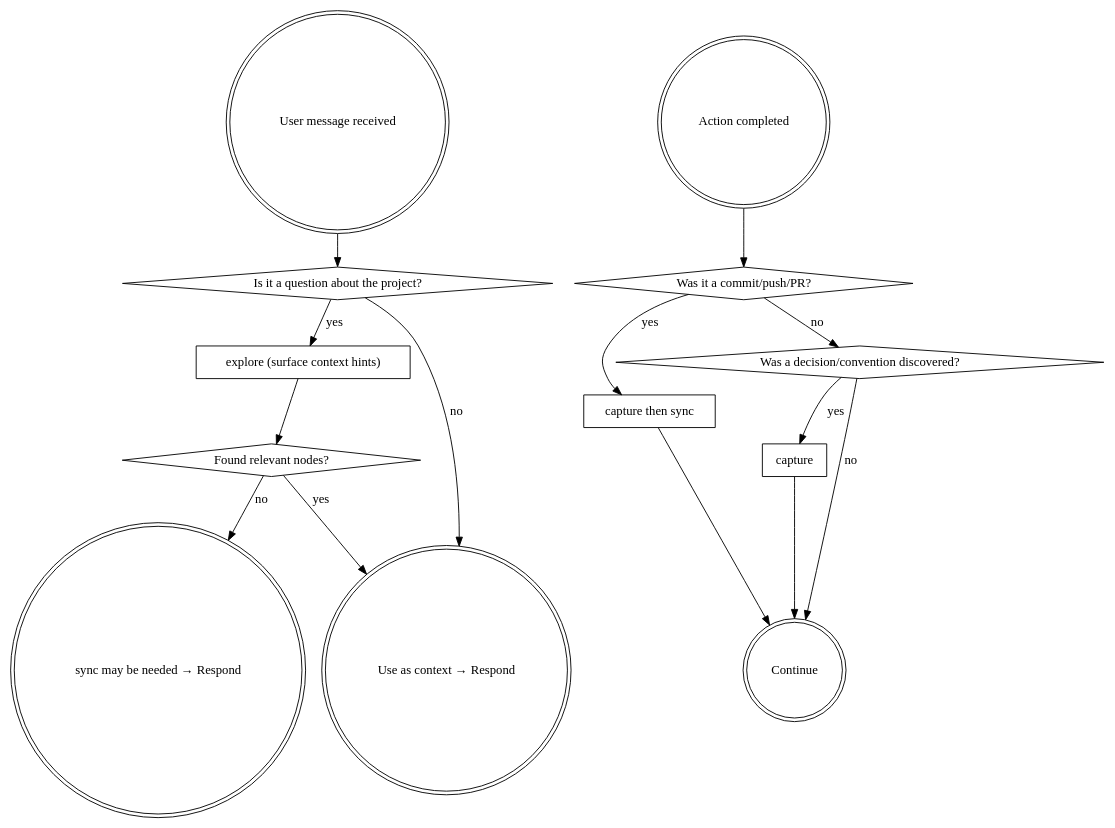
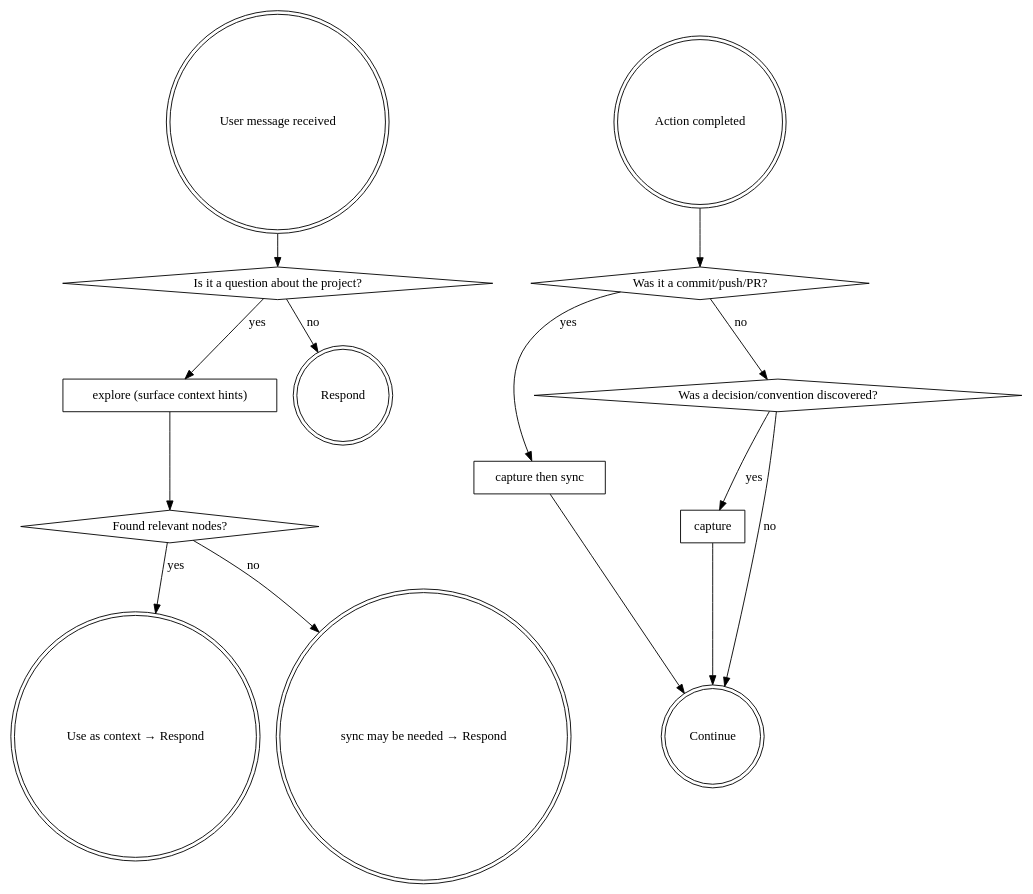
Before and after one commit to Curt-Park/autology: the diagram in skills/router/SKILL.md, drawn with Graphviz.

Commit message:
fix: flowchart no-branch goes to Respond, not Use-as-context

````diff
--- a/skills/router/SKILL.md
+++ b/skills/router/SKILL.md
@@ -56,31 +56,32 @@
 ```dot
 digraph router {
   "User message received" [shape=doublecircle];
   "Action completed" [shape=doublecircle];
   "Is it a question about the project?" [shape=diamond];
   "explore (surface context hints)" [shape=box];
   "Found relevant nodes?" [shape=diamond];
+  "Respond" [shape=doublecircle];
   "Use as context → Respond" [shape=doublecircle];
   "sync may be needed → Respond" [shape=doublecircle];
   "Was it a commit/push/PR?" [shape=diamond];
   "capture then sync" [shape=box];
   "Was a decision/convention discovered?" [shape=diamond];
   "capture" [shape=box];
   "Continue" [shape=doublecircle];
 
   "User message received" -> "Is it a question about the project?";
   "Is it a question about the project?" -> "explore (surface context hints)" [label="yes"];
-  "Is it a question about the project?" -> "Use as context → Respond" [label="no"];
+  "Is it a question about the project?" -> "Respond" [label="no"];
   "explore (surface context hints)" -> "Found relevant nodes?";
   "Found relevant nodes?" -> "Use as context → Respond" [label="yes"];
   "Found relevant nodes?" -> "sync may be needed → Respond" [label="no"];
 
   "Action completed" -> "Was it a commit/push/PR?";
   "Was it a commit/push/PR?" -> "capture then sync" [label="yes"];
   "Was it a commit/push/PR?" -> "Was a decision/convention discovered?" [label="no"];
   "Was a decision/convention discovered?" -> "capture" [label="yes"];
   "Was a decision/convention discovered?" -> "Continue" [label="no"];
   "capture then sync" -> "Continue";
   "capture" -> "Continue";
 }
 ```
````
